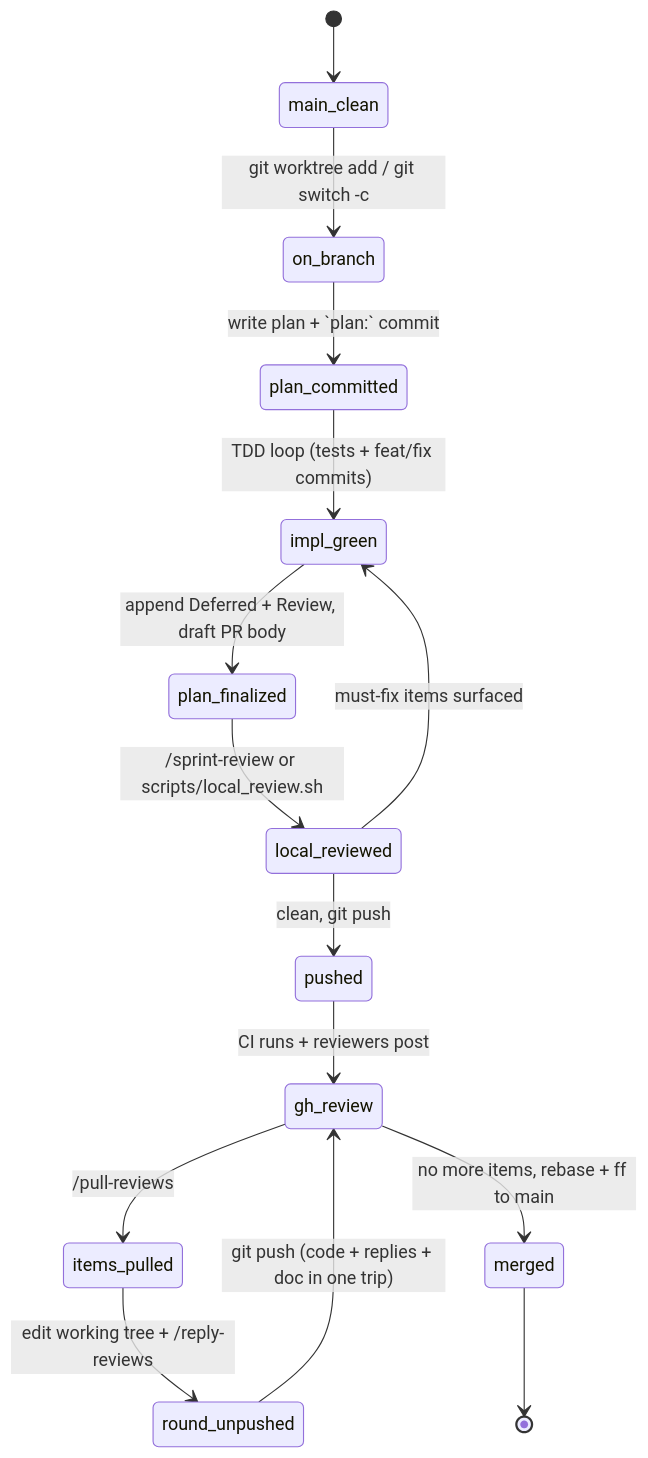
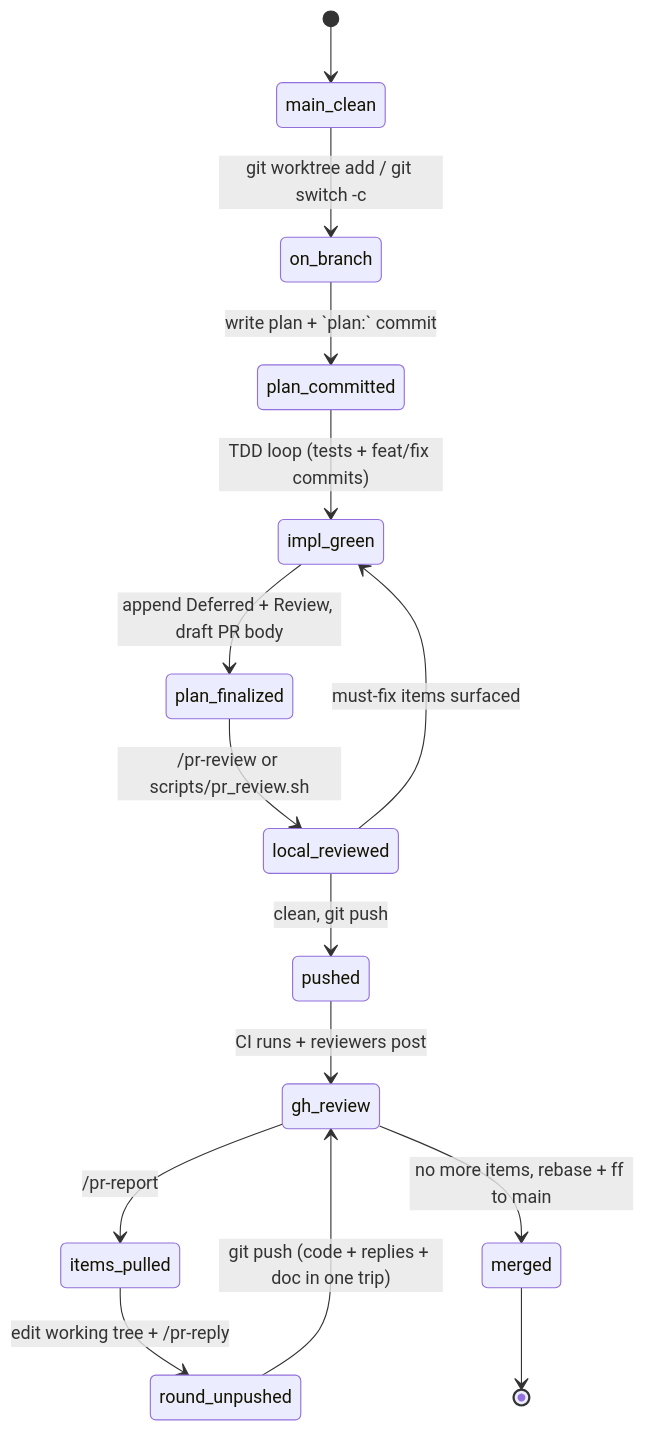
The diagram in README.md (cmk/template-rust), drawn with Mermaid before and after one commit. The commit also changed other lines of this file and 22 other files, not shown here.

````diff
--- a/README.md
+++ b/README.md
@@ -45,17 +45,17 @@
 ```mermaid
 stateDiagram-v2
     [*] --> main_clean
     main_clean --> on_branch: git worktree add / git switch -c
     on_branch --> plan_committed: write plan + `plan:` commit
     plan_committed --> impl_green: TDD loop (tests + feat/fix commits)
     impl_green --> plan_finalized: append Deferred + Review, draft PR body
-    plan_finalized --> local_reviewed: /sprint-review or scripts/local_review.sh
+    plan_finalized --> local_reviewed: /pr-review or scripts/pr_review.sh
     local_reviewed --> impl_green: must-fix items surfaced
     local_reviewed --> pushed: clean, git push
     pushed --> gh_review: CI runs + reviewers post
-    gh_review --> items_pulled: /pull-reviews
-    items_pulled --> round_unpushed: edit working tree + /reply-reviews
+    gh_review --> items_pulled: /pr-report
+    items_pulled --> round_unpushed: edit working tree + /pr-reply
     round_unpushed --> gh_review: git push (code + replies + doc in one trip)
     gh_review --> merged: no more items, rebase + ff to main
     merged --> [*]
 ```
````
